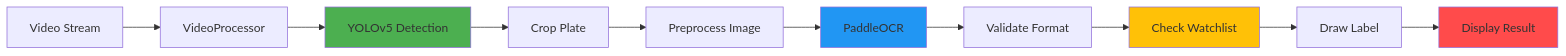
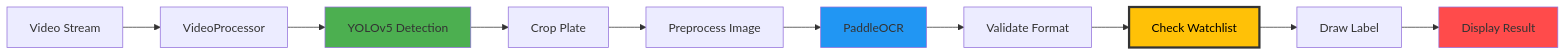
Before and after one commit to baloglu321/plate_rec: the second of 3 diagrams in README.md, drawn with Mermaid.

Commit message:
Update README.md
change text color

````diff
--- a/README.md
+++ b/README.md
@@ -337,17 +337,17 @@
 ```mermaid
 flowchart LR
     A[Video Stream] --> B[VideoProcessor]
     B --> C[YOLOv5 Detection]
     C --> D[Crop Plate]
     D --> E[Preprocess Image]
     E --> F[PaddleOCR]
     F --> G[Validate Format]
     G --> H[Check Watchlist]
     H --> I[Draw Label]
     I --> J[Display Result]
     
     style C fill:#4CAF50
     style F fill:#2196F3
-    style H fill:#FFC107
+    style H fill:#FFC107,stroke:#333,stroke-width:3px,color:#000
     style J fill:#FF4B4B
 ```
````
